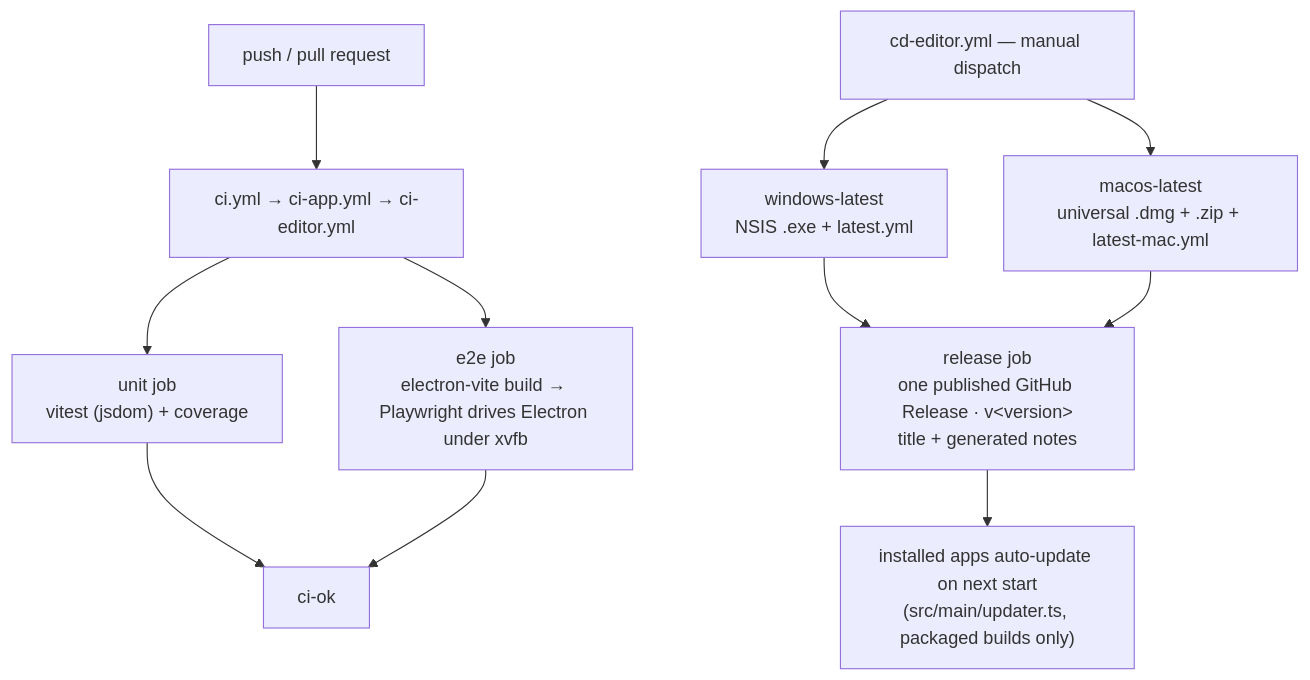
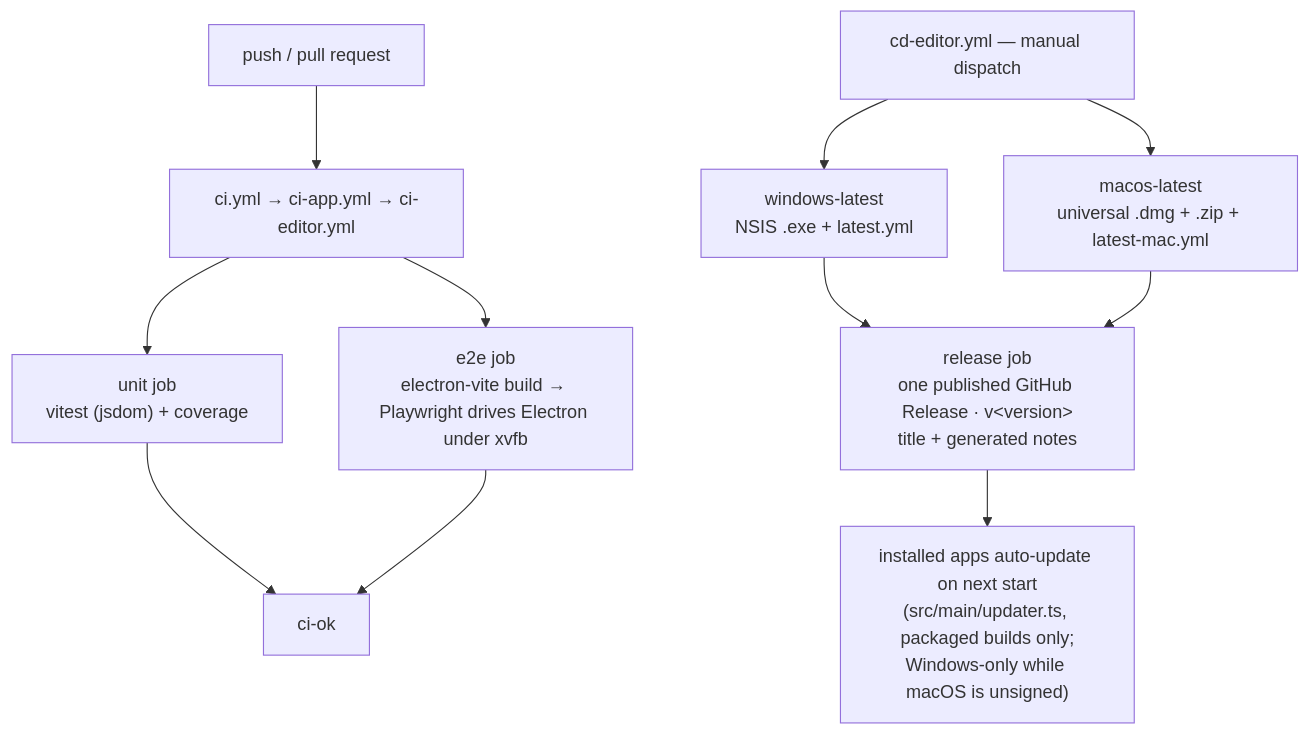
The first of 2 diagrams in apps/editor/README.md (soroush-tech/core), drawn with Mermaid before and after one commit. The commit also changed 3 other files, not shown here.

````diff
--- a/apps/editor/README.md
+++ b/apps/editor/README.md
@@ -28,14 +28,14 @@
 ```mermaid
 flowchart TD
     pr["push / pull request"] --> ci["ci.yml → ci-app.yml → ci-editor.yml"]
     ci --> unit["unit job<br/>vitest (jsdom) + coverage"]
     ci --> e2e["e2e job<br/>electron-vite build → Playwright drives Electron under xvfb"]
     unit --> ok["ci-ok"]
     e2e --> ok
 
     dispatch["cd-editor.yml — manual dispatch"] --> winbuild["windows-latest<br/>NSIS .exe + latest.yml"]
     dispatch --> macbuild["macos-latest<br/>universal .dmg + .zip + latest-mac.yml"]
     winbuild --> release["release job<br/>one published GitHub Release · v&lt;version&gt;<br/>title + generated notes"]
     macbuild --> release
-    release --> update["installed apps auto-update on next start<br/>(src/main/updater.ts, packaged builds only)"]
+    release --> update["installed apps auto-update on next start<br/>(src/main/updater.ts, packaged builds only;<br/>Windows-only while macOS is unsigned)"]
 ```
````
